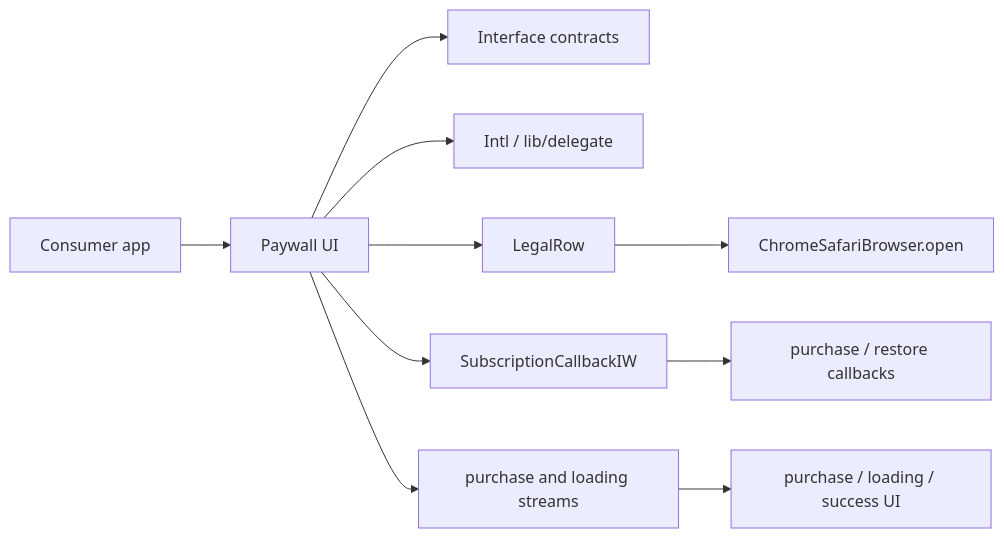
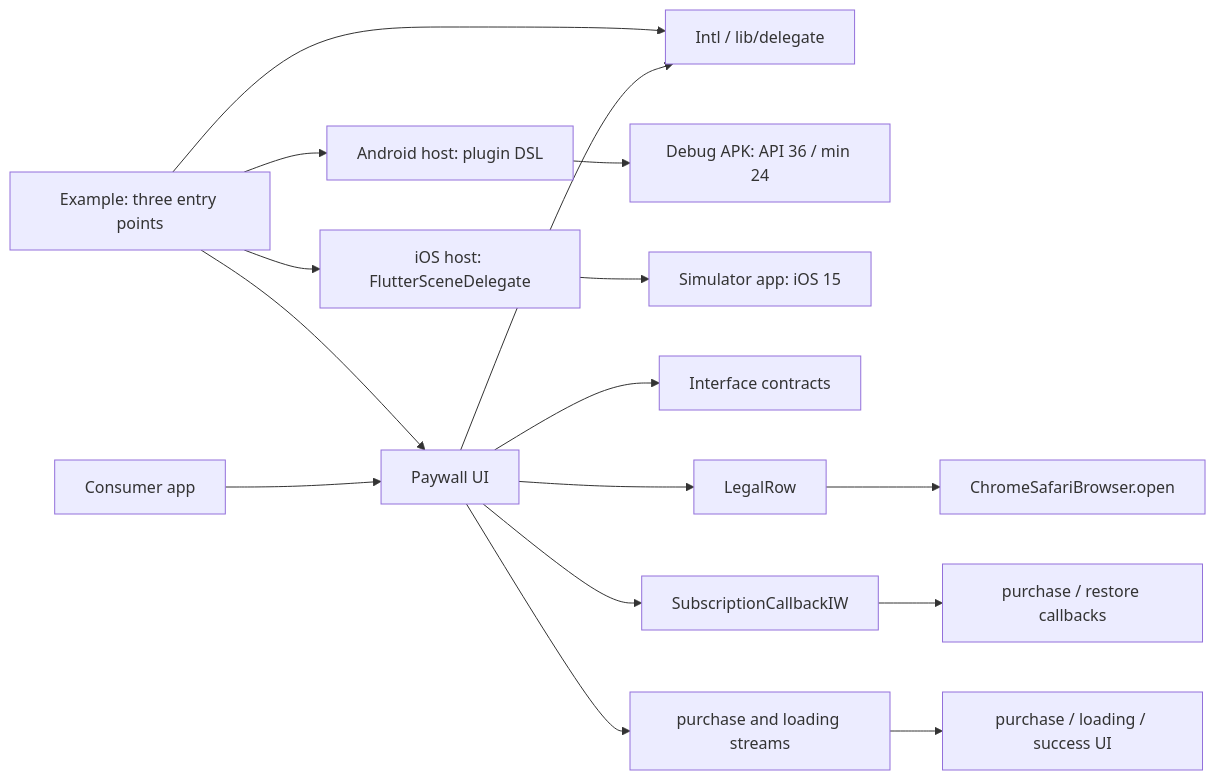
Before and after one commit to meikethomas/flutter-in_app_purchases_paywall: the diagram in Architecture.md, drawn with Mermaid. The commit also changed other lines of this file and 29 other files, not shown here.

Commit message:
feat(example): migrate hosts to Flutter 3.44.9

````diff
--- a/Architecture.md
+++ b/Architecture.md
@@ -17,12 +19,18 @@
 ```mermaid
 flowchart LR
-    App["Consumer app"] --> UI["Paywall UI"]
+    Example["Example: three entry points"] --> UI["Paywall UI"]
+    Example --> Intl["Intl / lib/delegate"]
+    Example --> Android["Android host: plugin DSL"]
+    Example --> IOS["iOS host: FlutterSceneDelegate"]
+    Android --> APK["Debug APK: API 36 / min 24"]
+    IOS --> AppBundle["Simulator app: iOS 15"]
+    App["Consumer app"] --> UI
     UI --> Interface["Interface contracts"]
-    UI --> Intl["Intl / lib/delegate"]
+    UI --> Intl
     UI --> Legal["LegalRow"]
     Legal --> Browser["ChromeSafariBrowser.open"]
     UI --> Callback["SubscriptionCallbackIW"]
     Callback --> Purchase["purchase / restore callbacks"]
     UI --> State["purchase and loading streams"]
     State --> Render["purchase / loading / success UI"]
 ```
````
